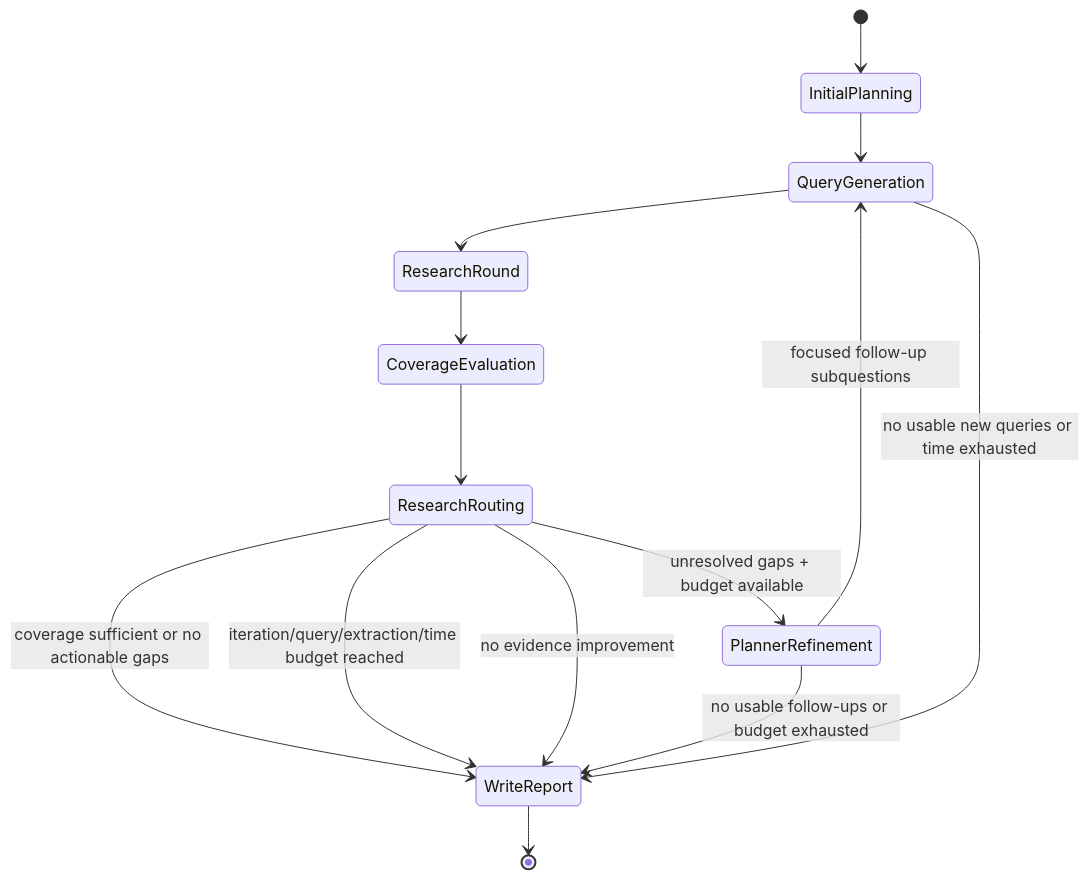
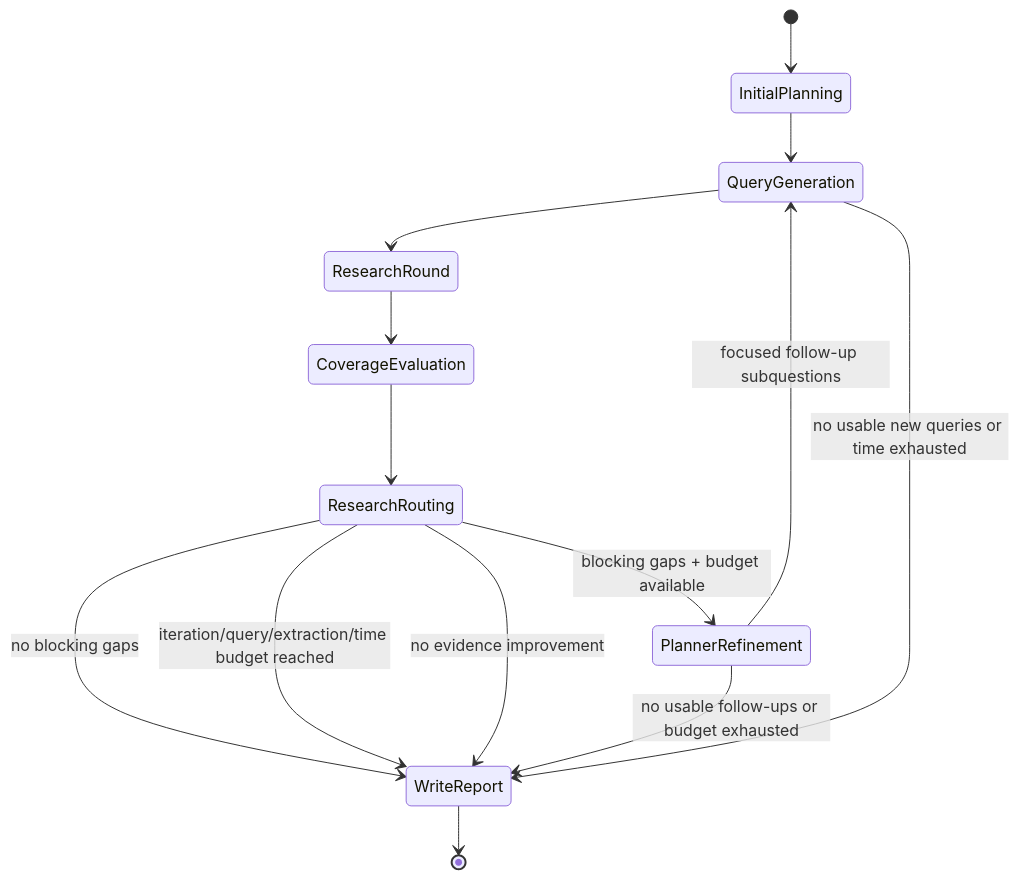
One commit to Ishwaridutt/deep-research-agent changed the fourth of 11 diagrams in readme.md. Above: the diagram before and after it, drawn with Mermaid. The commit also changed other lines of this file, not shown here.

````diff
--- a/readme.md
+++ b/readme.md
@@ -241,16 +255,16 @@
 ```mermaid
 stateDiagram-v2
     [*] --> InitialPlanning
     InitialPlanning --> QueryGeneration
     QueryGeneration --> ResearchRound
     ResearchRound --> CoverageEvaluation
     CoverageEvaluation --> ResearchRouting
-    ResearchRouting --> WriteReport: coverage sufficient or no actionable gaps
+    ResearchRouting --> WriteReport: no blocking gaps
     ResearchRouting --> WriteReport: iteration/query/extraction/time budget reached
     ResearchRouting --> WriteReport: no evidence improvement
-    ResearchRouting --> PlannerRefinement: unresolved gaps + budget available
+    ResearchRouting --> PlannerRefinement: blocking gaps + budget available
     PlannerRefinement --> QueryGeneration: focused follow-up subquestions
     PlannerRefinement --> WriteReport: no usable follow-ups or budget exhausted
     QueryGeneration --> WriteReport: no usable new queries or time exhausted
     WriteReport --> [*]
 ```
````
